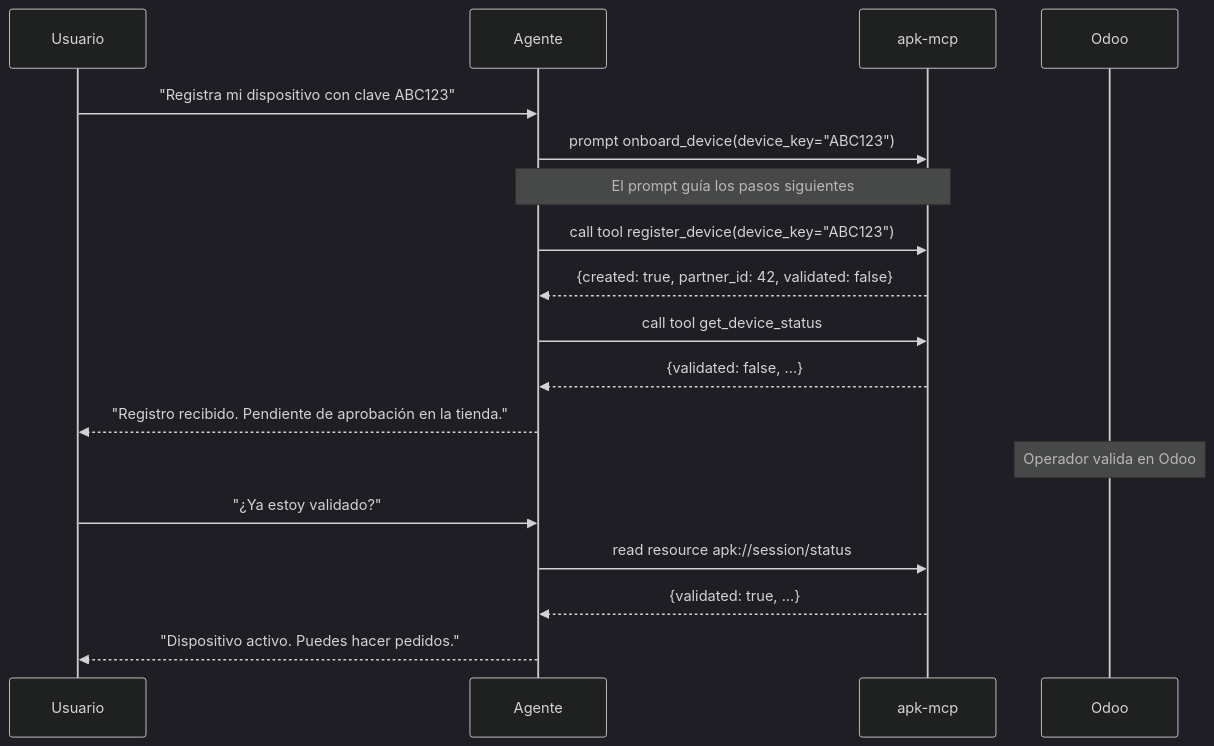
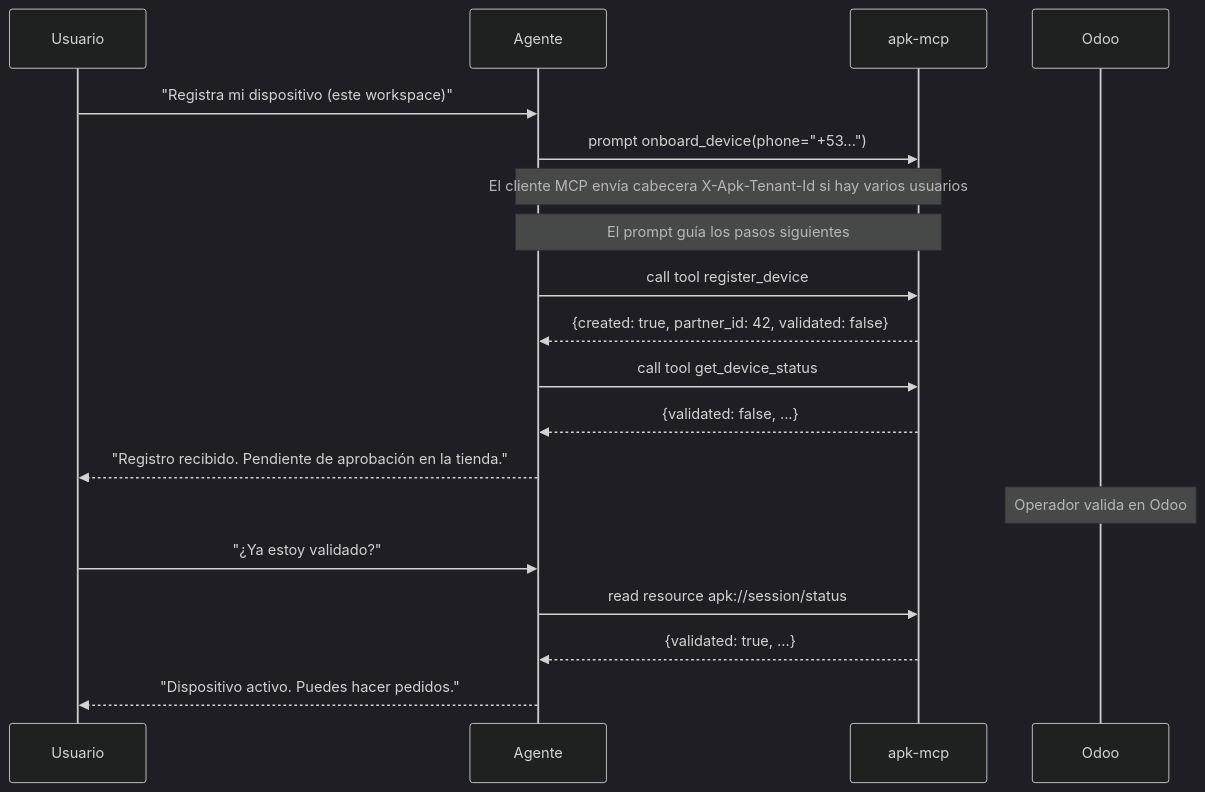
Before and after one commit to aprezcuba24/odoo-shop-mcp: the third of 4 diagrams in docs/flujo-uso-agente.md, drawn with Mermaid (dark theme). The commit also changed other lines of this file and 16 other files, not shown here.

````diff
--- a/docs/flujo-uso-agente.md
+++ b/docs/flujo-uso-agente.md
@@ -144,21 +146,22 @@
 ```mermaid
 sequenceDiagram
     participant U as Usuario
     participant A as Agente
     participant M as apk-mcp
     participant O as Odoo
 
-    U->>A: "Registra mi dispositivo con clave ABC123"
-    A->>M: prompt onboard_device(device_key="ABC123")
+    U->>A: "Registra mi dispositivo (este workspace)"
+    A->>M: prompt onboard_device(phone="+53...")
+    Note over A,M: El cliente MCP envía cabecera X-Apk-Tenant-Id si hay varios usuarios
     Note over A,M: El prompt guía los pasos siguientes
-    A->>M: call tool register_device(device_key="ABC123")
+    A->>M: call tool register_device
     M-->>A: {created: true, partner_id: 42, validated: false}
     A->>M: call tool get_device_status
     M-->>A: {validated: false, ...}
     A-->>U: "Registro recibido. Pendiente de aprobación en la tienda."
     Note over O: Operador valida en Odoo
     U->>A: "¿Ya estoy validado?"
     A->>M: read resource apk://session/status
     M-->>A: {validated: true, ...}
     A-->>U: "Dispositivo activo. Puedes hacer pedidos."
 ```
````
